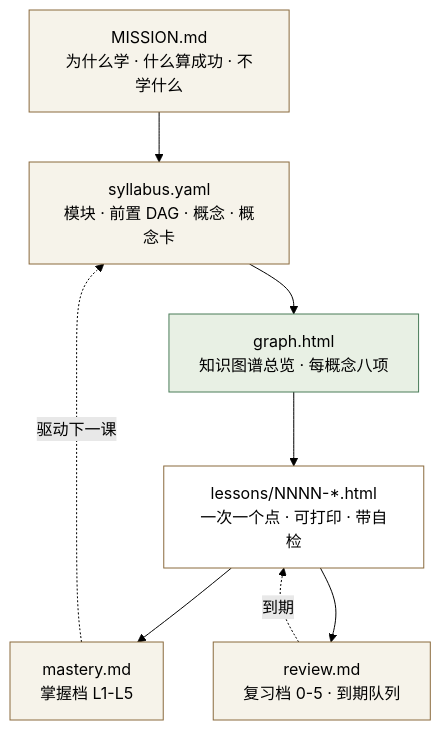
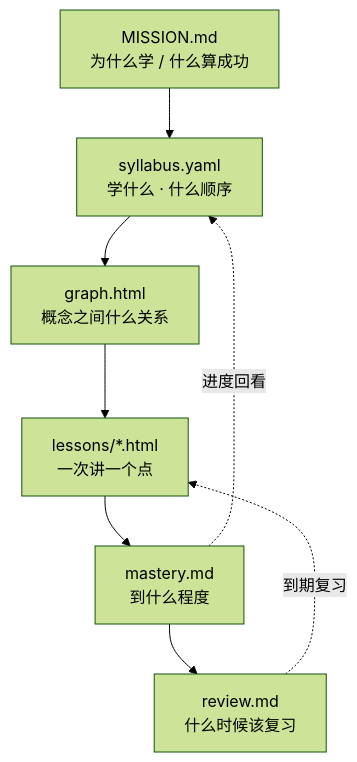
The first of 5 diagrams in README.md (Asaceoo/learn-system-skills), drawn with Mermaid (forest theme) before and after one commit. The commit also changed other lines of this file and 10 other files, not shown here.

First line of the commit message:
learn-system v0.8.7: 第十轮对抗性审查（图型语法 + 坐标库）

````diff
--- a/README.md
+++ b/README.md
@@ -28,16 +26,10 @@
 ```mermaid
-graph TB
-    M["MISSION.md<br/>为什么学 · 什么算成功 · 不学什么"] --> S["syllabus.yaml<br/>模块 · 前置 DAG · 概念 · 概念卡"]
-    S --> G["graph.html<br/>知识图谱总览 · 每概念八项"]
-    G --> L["lessons/NNNN-*.html<br/>一次一个点 · 可打印 · 带自检"]
-    L --> K["mastery.md<br/>掌握档 L1-L5"]
-    L --> R["review.md<br/>复习档 0-5 · 到期队列"]
-    R -. 到期 .-> L
-    K -. 驱动下一课 .-> S
-    style M fill:#f6f3ea,stroke:#8a6a3d
-    style S fill:#f6f3ea,stroke:#8a6a3d
-    style G fill:#e8f0e4,stroke:#4a7c59
-    style L fill:#fff,stroke:#8a6a3d
-    style K fill:#f6f3ea,stroke:#8a6a3d
-    style R fill:#f6f3ea,stroke:#8a6a3d
+flowchart TD
+    M["MISSION.md<br/>为什么学 / 什么算成功"] --> S["syllabus.yaml<br/>学什么 · 什么顺序"]
+    S --> G["graph.html<br/>概念之间什么关系"]
+    G --> L["lessons/*.html<br/>一次讲一个点"]
+    L --> MA["mastery.md<br/>到什么程度"]
+    MA --> R["review.md<br/>什么时候该复习"]
+    R -.到期复习.-> L
+    MA -.进度回看.-> S
 ```
````
